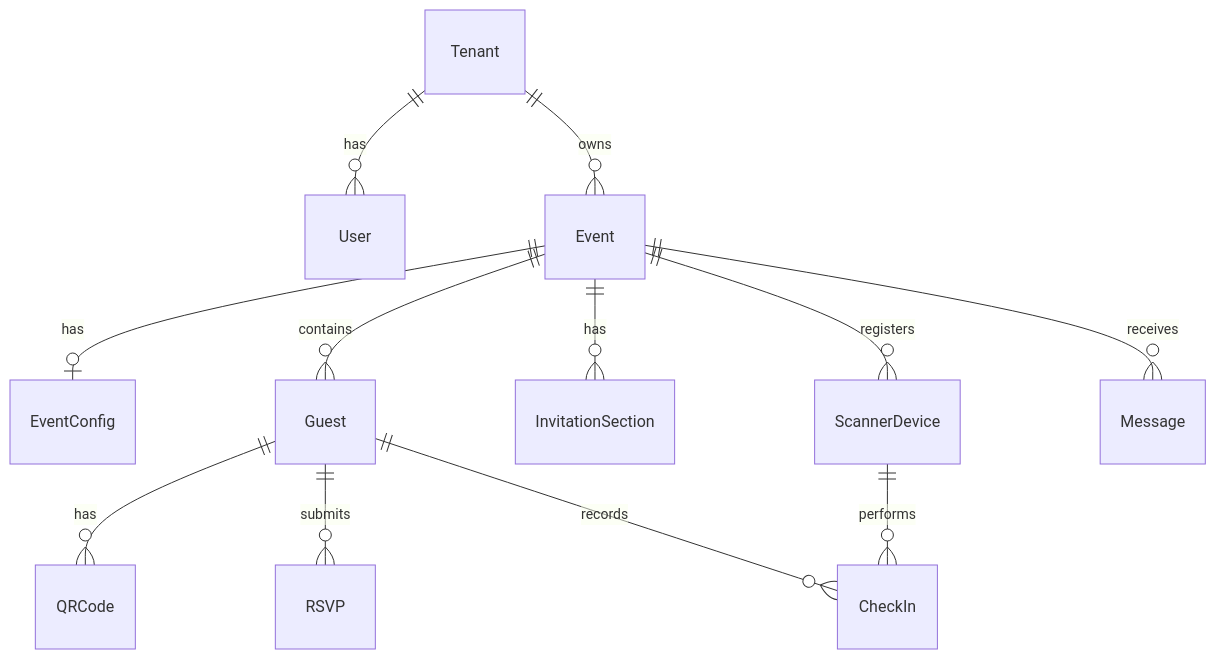
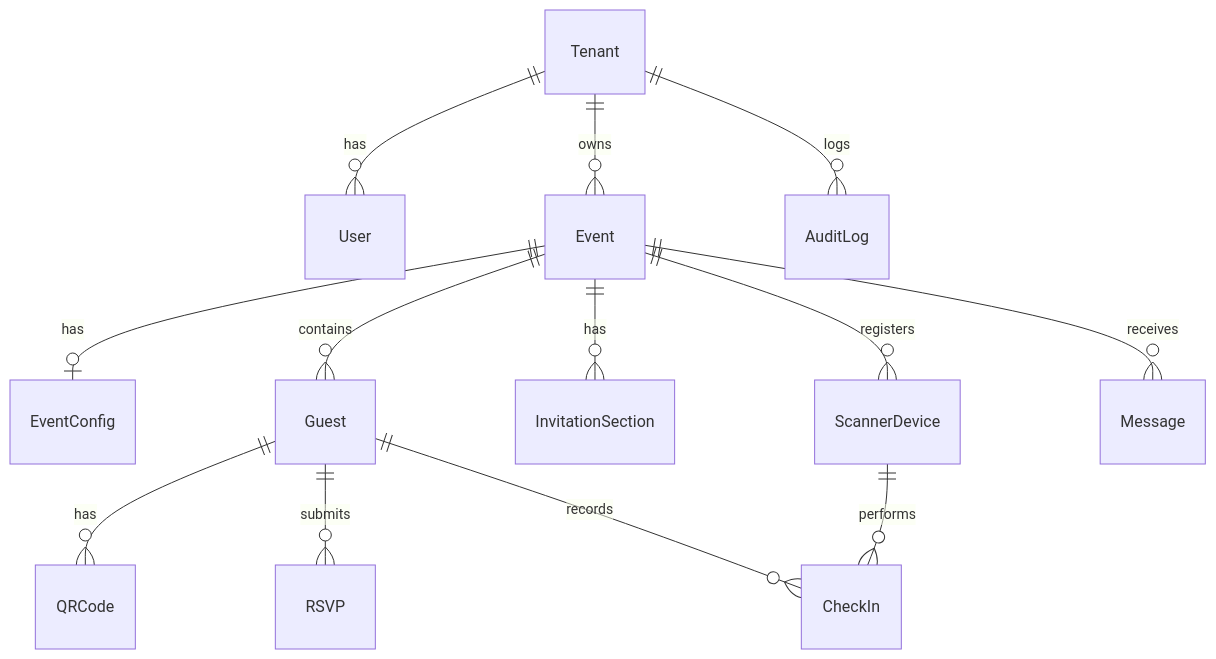
One commit to awingmawe/wedding-ecosystem changed the first of 2 diagrams in .agents/summary/data_models.md. Above: the diagram before and after it, drawn with Mermaid. The commit also changed other lines of this file and 24 other files, not shown here.

Commit message:
feat: implement global admin dashboard with audit logs, tenant management, and user oversight features

````diff
--- a/.agents/summary/data_models.md
+++ b/.agents/summary/data_models.md
@@ -5,14 +5,15 @@
 ```mermaid
 erDiagram
     Tenant ||--o{ User : has
     Tenant ||--o{ Event : owns
     Event ||--o| EventConfig : has
     Event ||--o{ Guest : contains
     Event ||--o{ InvitationSection : has
     Event ||--o{ ScannerDevice : registers
     Event ||--o{ Message : receives
     Guest ||--o{ QRCode : has
     Guest ||--o{ RSVP : submits
     Guest ||--o{ CheckIn : records
     ScannerDevice ||--o{ CheckIn : performs
+    Tenant ||--o{ AuditLog : logs
 ```
````
